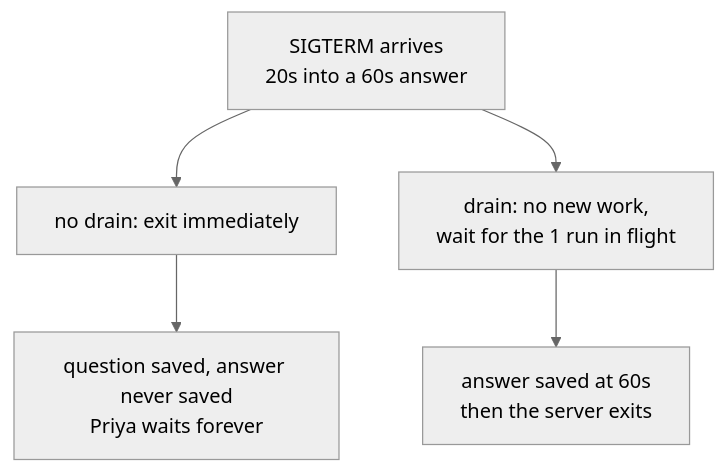
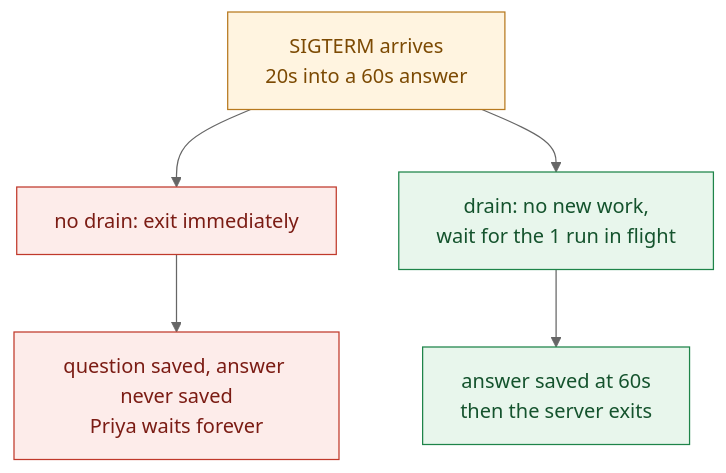
Before and after one commit to selvakumarperumal/Corporate_Filing_Analyzer_Agent: the fourth of 15 diagrams in docs/TESTING-SCALING.md, drawn with Mermaid (neutral theme). The commit also changed other lines of this file, not shown here.

Commit message:
docs: style mermaid diagrams and add 'When it happens' context callouts across scaling test rows

````diff
--- a/docs/TESTING-SCALING.md
+++ b/docs/TESTING-SCALING.md
@@ -487,7 +536,15 @@
 ```mermaid
 flowchart TB
   T["SIGTERM arrives<br/>20s into a 60s answer"] --> N["no drain: exit immediately"]
   T --> D["drain: no new work,<br/>wait for the 1 run in flight"]
   N --> N2["question saved, answer never saved<br/>Priya waits forever"]
   D --> D2["answer saved at 60s<br/>then the server exits"]
+  classDef step fill:#eef2f7,stroke:#64748b,color:#1f2937
+  classDef bad fill:#fdecea,stroke:#c0392b,color:#7b1c14
+  classDef good fill:#e8f6ec,stroke:#1e8449,color:#14532d
+  classDef warn fill:#fff4e0,stroke:#b7791f,color:#7c4a03
+  classDef fix fill:#eef2ff,stroke:#4f46e5,color:#312e81
+  class T warn
+  class N,N2 bad
+  class D,D2 good
 ```
````
